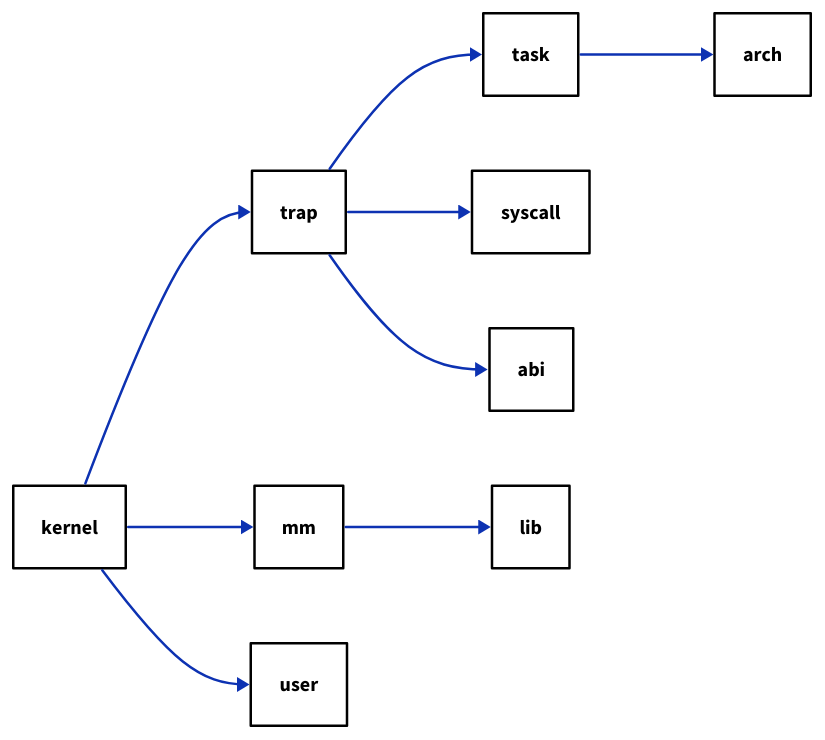
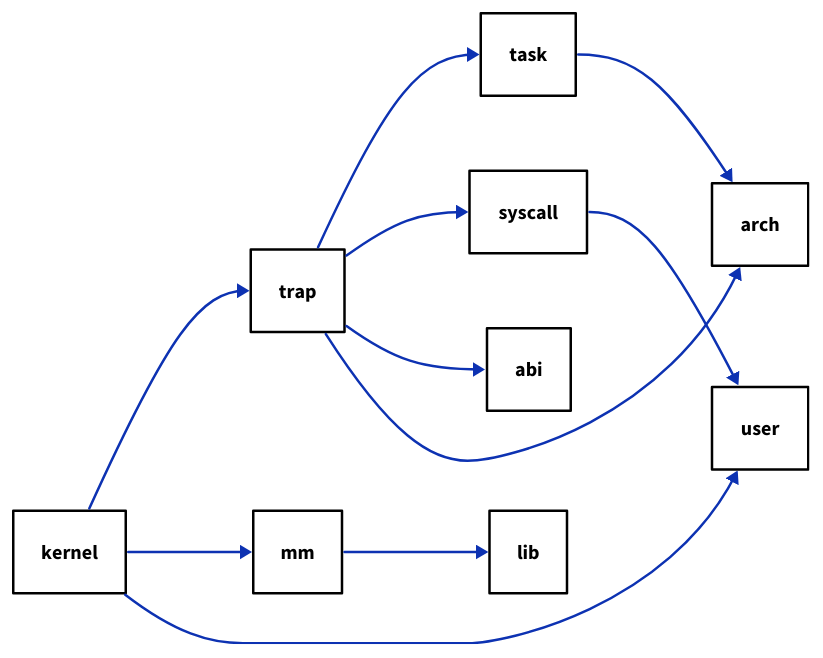
One commit to KercyDing/krcyos changed the diagram in docs/dag.d2. Above: the diagram before and after it, drawn with D2. The commit also changed 2 other files, not shown here.

```diff
--- a/docs/dag.d2
+++ b/docs/dag.d2
@@ -1,16 +1,19 @@
 direction: right
 
 **.style.fill: "#ffffff"
 **.style.stroke: "#000000"
 **.style.font-color: "#000000"
 
 kernel -> trap
 kernel -> mm
 kernel -> user
 
 trap -> task
 trap -> syscall
 trap -> abi
+trap -> arch
+
+syscall -> user
 
 task -> arch
 mm -> lib
```
